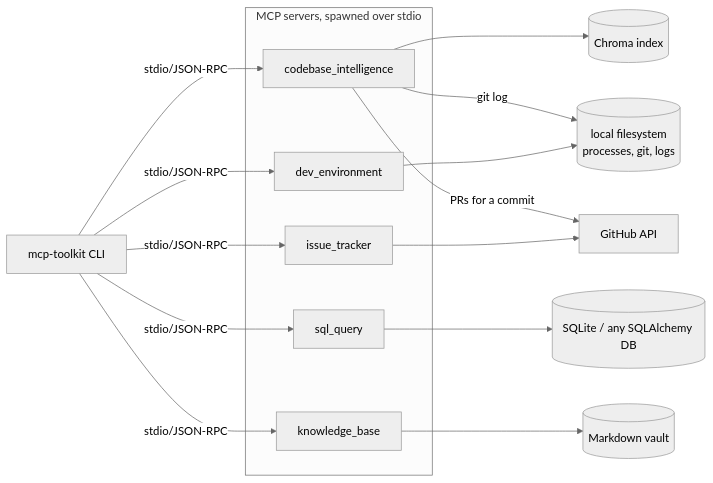
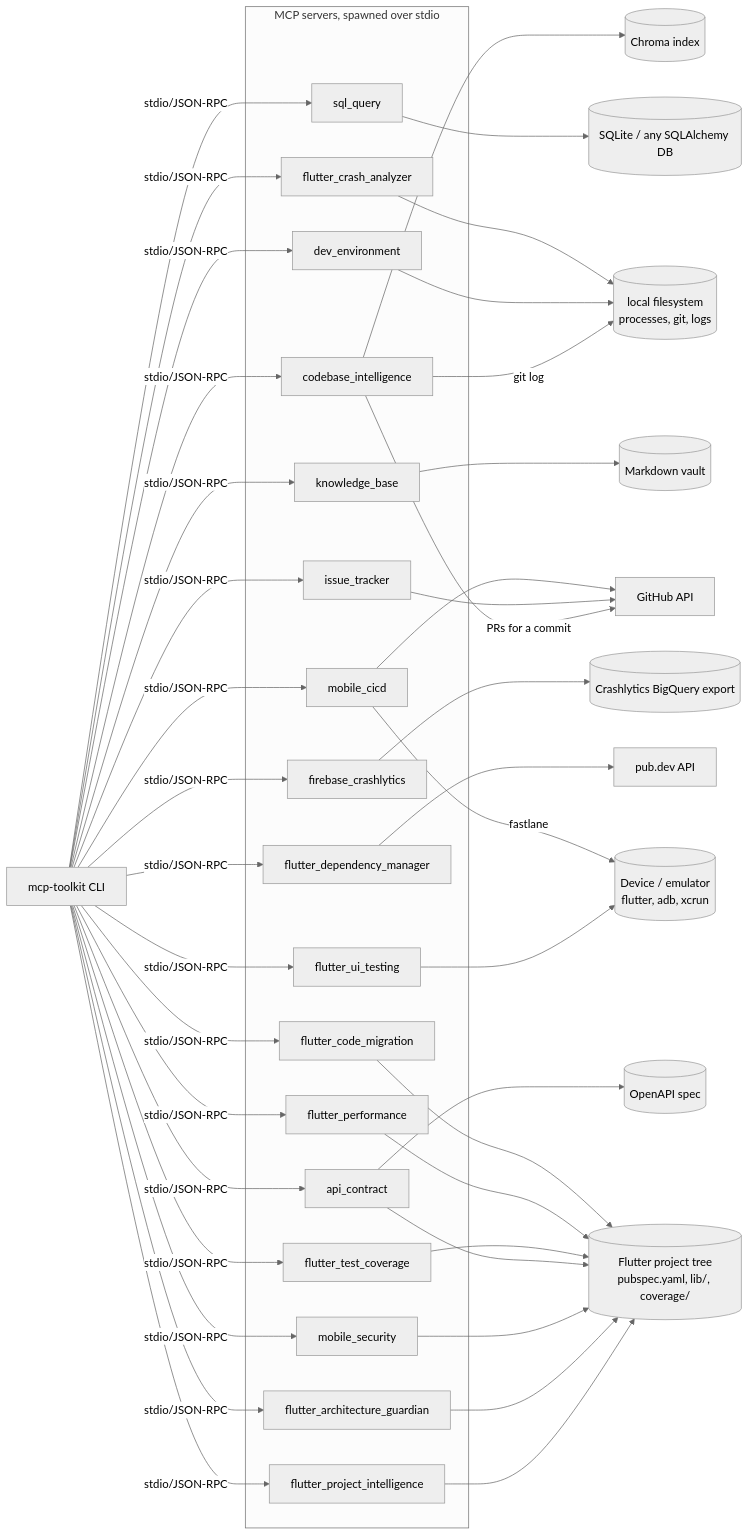
One commit to rlphjyson/mcp-toolkit-ai changed the diagram in README.md. Above: the diagram before and after it, drawn with Mermaid (neutral theme). The commit also changed other lines of this file and 151 other files, not shown here.

First line of the commit message:
Add twelve Flutter/mobile MCP servers

````diff
--- a/README.md
+++ b/README.md
@@ -32,32 +71,75 @@
 ```mermaid
 flowchart LR
     CLI[mcp-toolkit CLI]
 
     subgraph Servers [MCP servers, spawned over stdio]
         CI[codebase_intelligence]
         SQL[sql_query]
         IT[issue_tracker]
         DE[dev_environment]
         KB[knowledge_base]
+        FPI[flutter_project_intelligence]
+        FUT[flutter_ui_testing]
+        FCA[flutter_crash_analyzer]
+        FBC[firebase_crashlytics]
+        FAG[flutter_architecture_guardian]
+        FDM[flutter_dependency_manager]
+        MS[mobile_security]
+        AC[api_contract]
+        FTC[flutter_test_coverage]
+        FP[flutter_performance]
+        MC[mobile_cicd]
+        FCM[flutter_code_migration]
     end
 
     Chroma[(Chroma index)]
     DB[(SQLite / any SQLAlchemy DB)]
     GH[GitHub API]
     FS[(local filesystem\nprocesses, git, logs)]
     Vault[(Markdown vault)]
+    FlutterProj[(Flutter project tree\npubspec.yaml, lib/, coverage/)]
+    Device[(Device / emulator\nflutter, adb, xcrun)]
+    BQ[(Crashlytics BigQuery export)]
+    PubDev[pub.dev API]
+    OpenAPI[(OpenAPI spec)]
 
     CLI -- stdio/JSON-RPC --> CI
     CLI -- stdio/JSON-RPC --> SQL
     CLI -- stdio/JSON-RPC --> IT
     CLI -- stdio/JSON-RPC --> DE
     CLI -- stdio/JSON-RPC --> KB
+    CLI -- stdio/JSON-RPC --> FPI
+    CLI -- stdio/JSON-RPC --> FUT
+    CLI -- stdio/JSON-RPC --> FCA
+    CLI -- stdio/JSON-RPC --> FBC
+    CLI -- stdio/JSON-RPC --> FAG
+    CLI -- stdio/JSON-RPC --> FDM
+    CLI -- stdio/JSON-RPC --> MS
+    CLI -- stdio/JSON-RPC --> AC
+    CLI -- stdio/JSON-RPC --> FTC
+    CLI -- stdio/JSON-RPC --> FP
+    CLI -- stdio/JSON-RPC --> MC
+    CLI -- stdio/JSON-RPC --> FCM
 
     CI --> Chroma
     CI -- git log --> FS
     CI -- PRs for a commit --> GH
     SQL --> DB
     IT --> GH
     DE --> FS
     KB --> Vault
+    FPI --> FlutterProj
+    FUT --> Device
+    FCA --> FS
+    FBC --> BQ
+    FAG --> FlutterProj
+    FDM --> PubDev
+    MS --> FlutterProj
+    AC --> OpenAPI
+    AC --> FlutterProj
+    FTC --> FlutterProj
+    FP --> FlutterProj
+    MC --> GH
+    MC -- fastlane --> Device
+    FCM --> FlutterProj
 ```
````
